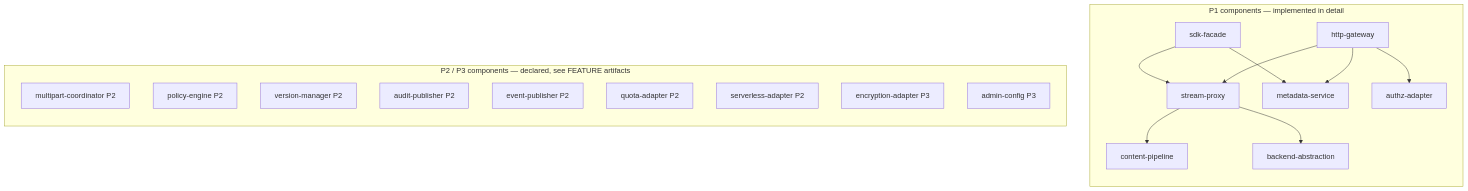
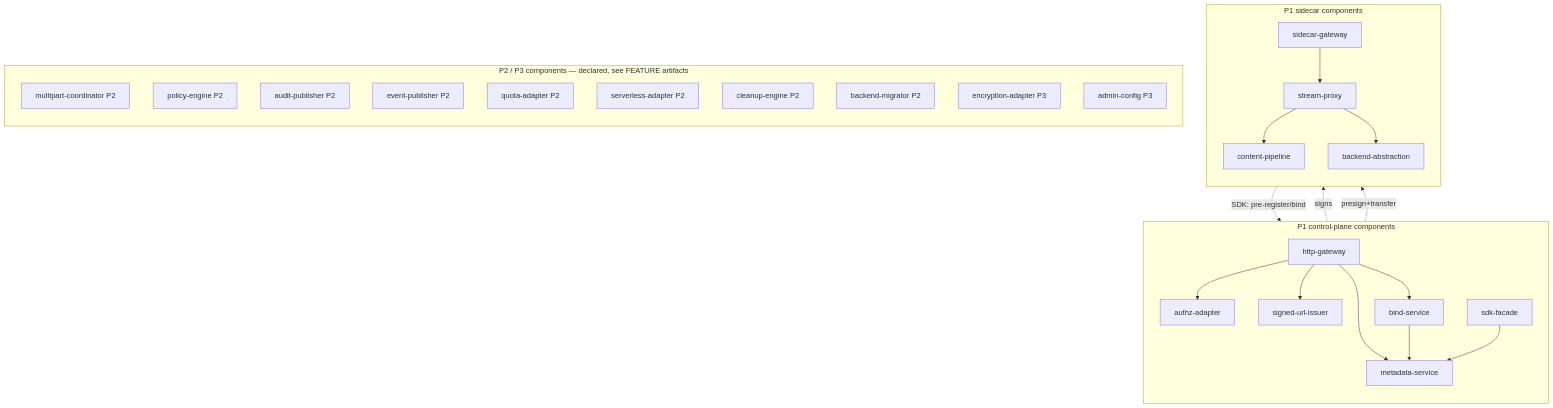
Before and after one commit to refur-nfn/gears-rust: the second of 8 diagrams in gears/file-storage/docs/DESIGN.md, drawn with Mermaid. The commit also changed other lines of this file and 6 other files, not shown here.

````diff
--- a/gears/file-storage/docs/DESIGN.md
+++ b/gears/file-storage/docs/DESIGN.md
@@ -276,34 +348,47 @@
 ```mermaid
 graph TB
-    subgraph P1["P1 components — implemented in detail"]
+    subgraph CP1["P1 control-plane components"]
       direction TB
       HGW[http-gateway]
+      MS[metadata-service]
+      AZ[authz-adapter]
+      SUI[signed-url-issuer]
+      BIND[bind-service]
+      SDK[sdk-facade]
+    end
+
+    subgraph SC1["P1 sidecar components"]
+      direction TB
+      SCGW[sidecar-gateway]
       SP[stream-proxy]
       CP[content-pipeline]
-      MS[metadata-service]
       BA[backend-abstraction]
-      AZ[authz-adapter]
-      SDK[sdk-facade]
     end
 
     subgraph P2P3["P2 / P3 components — declared, see FEATURE artifacts"]
       direction TB
       MC[multipart-coordinator P2]
       PE[policy-engine P2]
-      VM[version-manager P2]
       AP[audit-publisher P2]
       EP[event-publisher P2]
       QA[quota-adapter P2]
       SA[serverless-adapter P2]
+      CLN[cleanup-engine P2]
+      MIG[backend-migrator P2]
       EA[encryption-adapter P3]
       AC[admin-config P3]
     end
 
-    HGW --> SP
     HGW --> MS
     HGW --> AZ
+    HGW --> SUI
+    HGW --> BIND
+    BIND --> MS
+    SUI -. signs .-> SCGW
+    SDK --> MS
+    SDK -. presign+transfer .-> SCGW
+    SCGW --> SP
+    SCGW -. SDK: pre-register/bind .-> BIND
     SP --> CP
     SP --> BA
-    SDK --> MS
-    SDK --> SP
 ```
````
